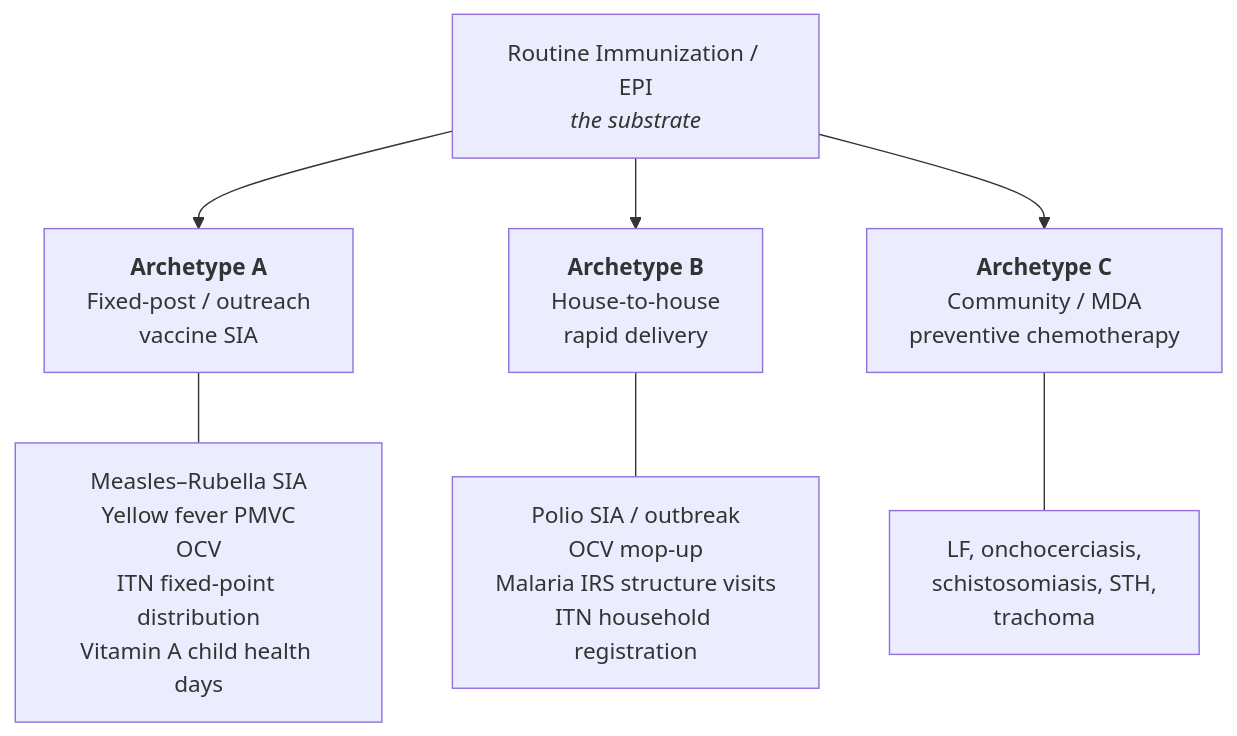
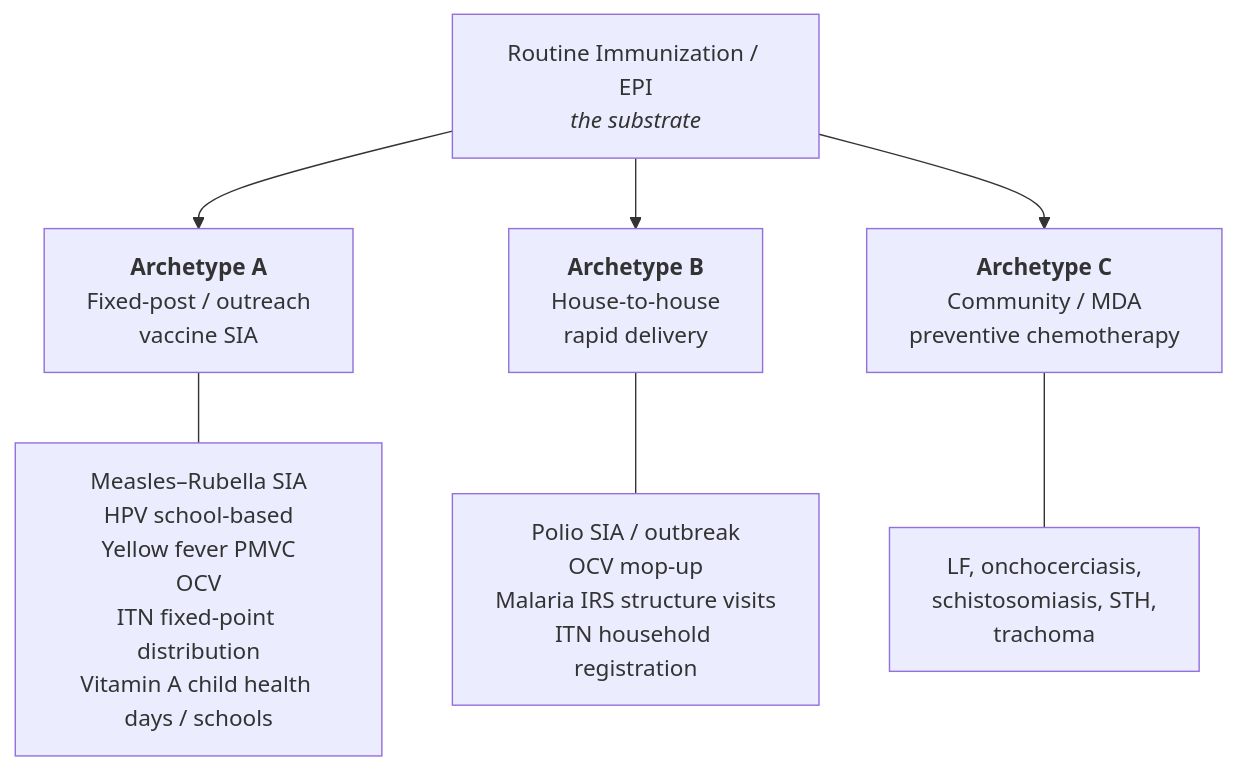
Before and after one commit to recodelabs/icr: the third of 9 diagrams in project/icr-v1.md, drawn with Mermaid. The commit also changed other lines of this file, not shown here.

````diff
--- a/project/icr-v1.md
+++ b/project/icr-v1.md
@@ -143,13 +148,13 @@
 ```mermaid
 flowchart TD
     RI[Routine Immunization / EPI<br/><i>the substrate</i>]
     RI --> A
     RI --> B
     RI --> C
     A[<b>Archetype A</b><br/>Fixed-post / outreach<br/>vaccine SIA]
     B[<b>Archetype B</b><br/>House-to-house<br/>rapid delivery]
     C[<b>Archetype C</b><br/>Community / MDA<br/>preventive chemotherapy]
-    A --- A1[Measles–Rubella SIA<br/>Yellow fever PMVC<br/>OCV<br/>ITN fixed-point distribution<br/>Vitamin A child health days]
+    A --- A1[Measles–Rubella SIA<br/>HPV school-based<br/>Yellow fever PMVC<br/>OCV<br/>ITN fixed-point distribution<br/>Vitamin A child health days / schools]
     B --- B1[Polio SIA / outbreak<br/>OCV mop-up<br/>Malaria IRS structure visits<br/>ITN household registration]
     C --- C1[LF, onchocerciasis,<br/>schistosomiasis, STH,<br/>trachoma]
 ```
````
